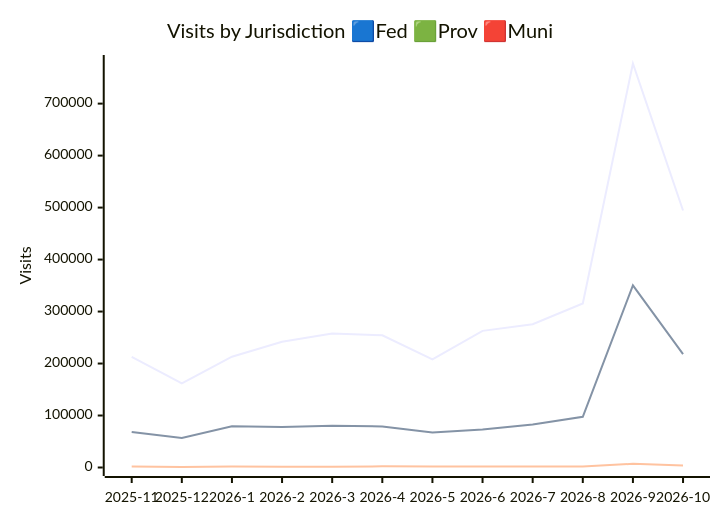
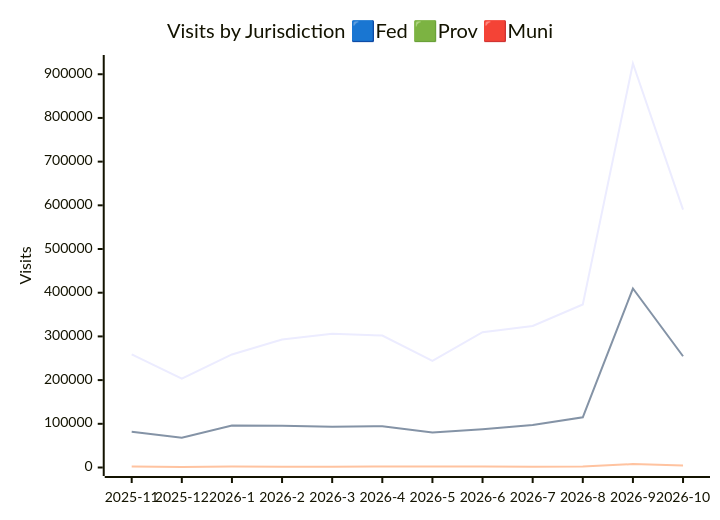
The second of 3 diagrams in JURISDICTION_ANALYTICS_REPORT/readme.md (open-data/analytics-corporate-reporting), drawn with Mermaid before and after one commit. The commit also changed other lines of this file and 3 other files, not shown here.

````diff
--- a/JURISDICTION_ANALYTICS_REPORT/readme.md
+++ b/JURISDICTION_ANALYTICS_REPORT/readme.md
@@ -26,10 +26,10 @@
 ```mermaid
 
 xychart-beta
     title "Visits by Jurisdiction 🟦Fed 🟩Prov 🟥Muni"
     x-axis [2025-11, 2025-12, 2026-1, 2026-2, 2026-3, 2026-4, 2026-5, 2026-6, 2026-7, 2026-8, 2026-9, 2026-10]
-    y-axis "Visits" 0 --> 777176
-    line [213011, 161806, 213071, 241970, 257686, 254242, 208001, 262889, 275575, 315511, 777166, 494365]
-    line [68182, 56710, 79331, 77960, 80180, 78967, 67564, 73158, 82572, 97443, 350486, 218146]
-    line [2127, 1112, 1971, 1503, 1330, 2180, 2070, 1824, 1779, 2162, 7044, 3990]
+    y-axis "Visits" 0 --> 924576
+    line [258794, 203358, 258740, 292896, 306030, 302085, 244088, 309689, 323940, 372946, 924566, 590242]
+    line [81845, 68266, 95932, 95349, 93503, 94555, 80340, 87536, 97023, 115014, 409603, 254619]
+    line [2282, 1200, 2113, 1718, 1475, 2389, 2241, 2036, 1954, 2432, 7862, 4611]
 ```
````
